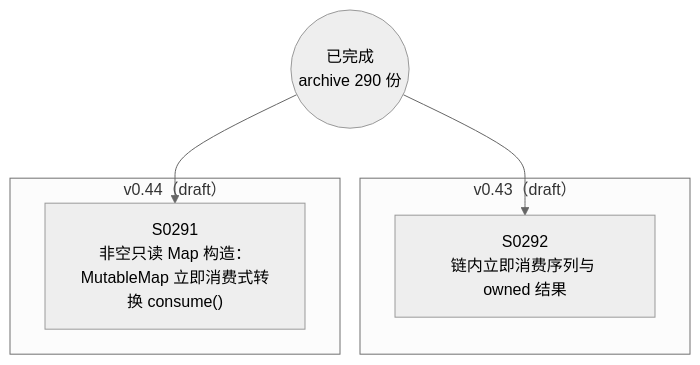
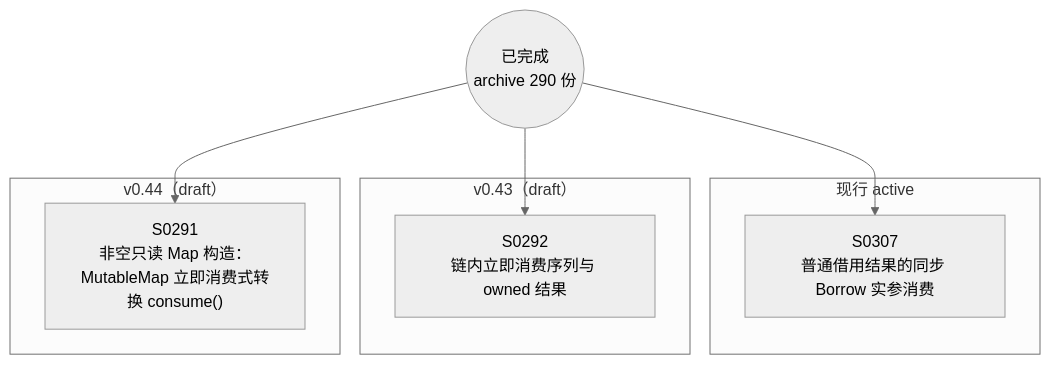
Before and after one commit to Halckon/Koven: the diagram in docs/specs/dependency-graph.md, drawn with Mermaid (neutral theme). The commit also changed other lines of this file and 7 other files, not shown here.

````diff
--- a/docs/specs/dependency-graph.md
+++ b/docs/specs/dependency-graph.md
@@ -9,12 +9,16 @@
 ```mermaid
 flowchart TD
 ARCH(("已完成<br/>archive 290 份"))
+subgraph Gactive["现行 active"]
+  S0307["S0307<br/>普通借用结果的同步 Borrow 实参消费"]
+end
 subgraph Gdrafts_v043["v0.43（draft）"]
   S0292["S0292<br/>链内立即消费序列与 owned 结果"]
 end
 subgraph Gdrafts_v044["v0.44（draft）"]
   S0291["S0291<br/>非空只读 Map 构造：MutableMap 立即消费式转换 consume()"]
 end
 ARCH --> S0291
 ARCH --> S0292
+ARCH --> S0307
 ```
````
